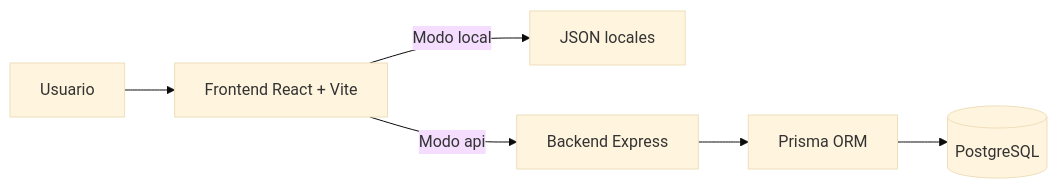
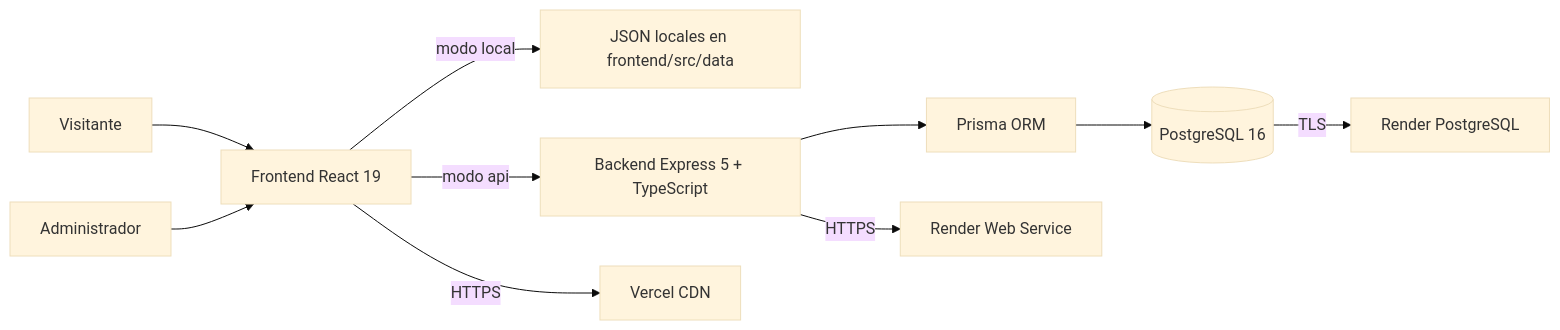
One commit to GRAN-J/sportmetric changed the first of 4 diagrams in README.md. Above: the diagram before and after it, drawn with Mermaid (base theme). The commit also changed other lines of this file and 7 other files, not shown here.

````diff
--- a/README.md
+++ b/README.md
@@ -36,8 +194,12 @@
 ```mermaid
 flowchart LR
-    U[Usuario] --> F[Frontend React + Vite]
-    F -->|Modo local| J[JSON locales]
-    F -->|Modo api| B[Backend Express]
+    V[Visitante] --> F[Frontend React 19]
+    A[Administrador] --> F
+    F -->|modo local| J[JSON locales en frontend/src/data]
+    F -->|modo api| B[Backend Express 5 + TypeScript]
     B --> P[Prisma ORM]
-    P --> D[(PostgreSQL)]
+    P --> DB[(PostgreSQL 16)]
+    F -->|HTTPS| CDN[Vercel CDN]
+    B -->|HTTPS| Render[Render Web Service]
+    DB -->|TLS| RenderDB[Render PostgreSQL]
 ```
````
